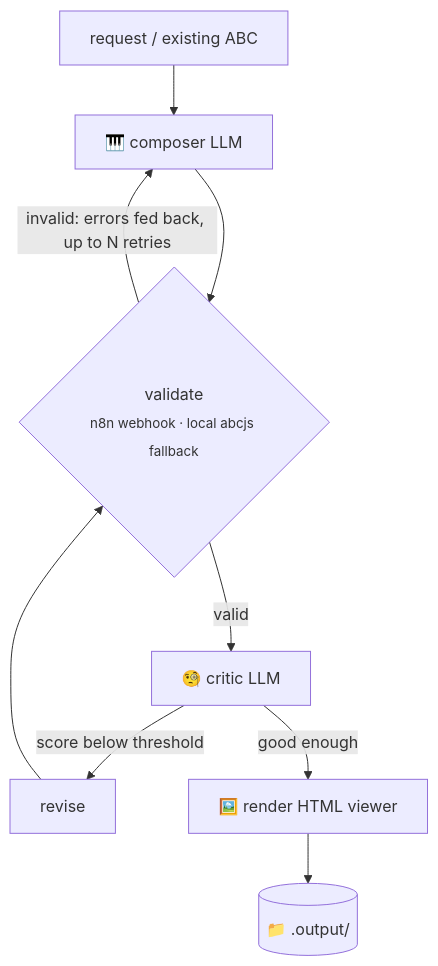
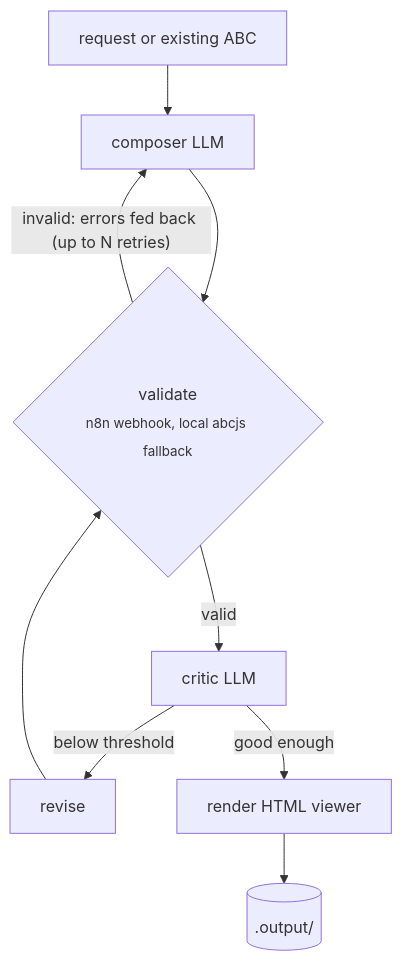
The diagram in README.md (Finnduas/pi-music-agent), drawn with Mermaid before and after one commit. The commit also changed other lines of this file and 1 other file, not shown here.

````diff
--- a/README.md
+++ b/README.md
@@ -122,11 +217,11 @@
 ```mermaid
 flowchart TD
-    A[request / existing ABC] --> B[🎹 composer LLM]
-    B --> C{validate<br/><sub>n8n webhook · local abcjs fallback</sub>}
-    C -- invalid: errors fed back, up to N retries --> B
-    C -- valid --> D[🧐 critic LLM]
-    D -- score below threshold --> E[revise]
+    A[request or existing ABC] --> B[composer LLM]
+    B --> C{validate<br/><sub>n8n webhook, local abcjs fallback</sub>}
+    C -- "invalid: errors fed back (up to N retries)" --> B
+    C -- valid --> D[critic LLM]
+    D -- below threshold --> E[revise]
     E --> C
-    D -- good enough --> F[🖼️ render HTML viewer]
-    F --> G[(📁 .output/)]
+    D -- good enough --> F[render HTML viewer]
+    F --> G[(.output/)]
 ```
````
